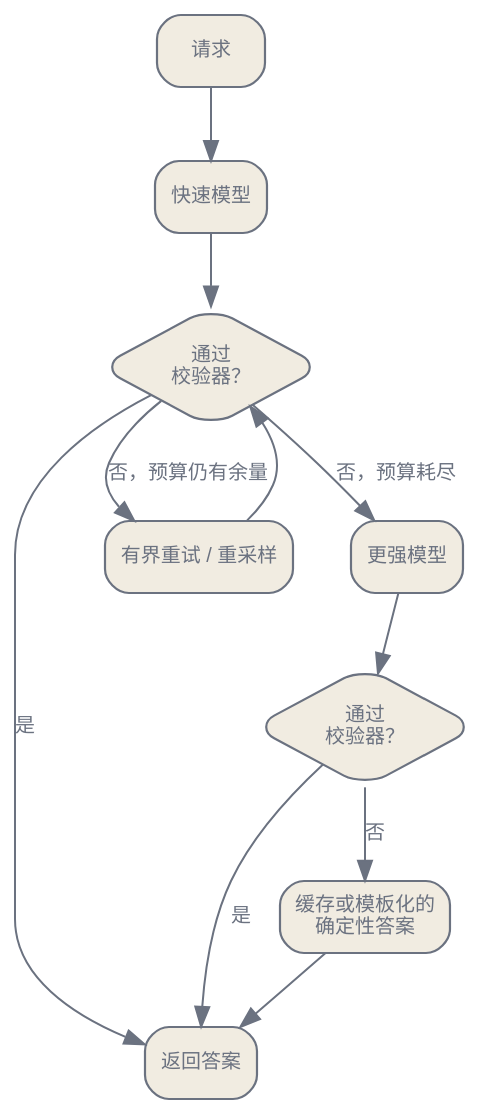
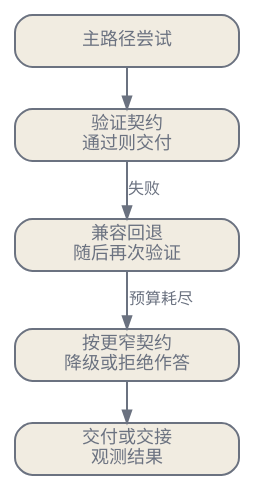
The second of 3 diagrams in zh/practice/10-reliability-nondeterministic.qmd (latere-ai/ai-as-an-infrastructure), drawn with Graphviz before and after one commit. The commit also changed other lines of this file and 4 other files, not shown here.

````diff
--- a/zh/practice/10-reliability-nondeterministic.qmd
+++ b/zh/practice/10-reliability-nondeterministic.qmd
@@ -69,31 +157,20 @@
 ```{dot}
 //| label: fig-reliability-fallback
-//| fig-cap: "回退链是第二次机会的有序集合。每一环只在前一环未通过其校验器时才被尝试，而次序以渐增的成本与延迟换取渐增的可靠性。末端那一环是一条本身不会答不出来的确定性路径。"
-digraph {
+//| fig-cap: "有界回退策略会验证每一个结果，并可主动缩小承诺范围。任何分支都不被假定为永不失效，交付和交接本身仍是需要观测的结果。"
+digraph fallback {
   bgcolor="transparent";
   rankdir=TB;
-  nodesep=0.4; ranksep=0.5;
-  node [shape=box, style="rounded,filled", fontname="Helvetica", fontsize=10, color="#6b7280", fontcolor="#6b7280", fillcolor="#f1ece1", penwidth=1.1];
-  edge [fontsize=10, fontname="Helvetica", color="#6b7280", fontcolor="#6b7280"];
-
-  req [label="请求"];
-  cheap [label="快速模型"];
-  v1 [label="通过\n校验器？", shape=diamond];
-  done [label="返回答案"];
-  retry [label="有界重试 / 重采样"];
-  strong [label="更强模型"];
-  v2 [label="通过\n校验器？", shape=diamond];
-  det [label="缓存或模板化的\n确定性答案"];
-
-  req -> cheap;
-  cheap -> v1;
-  v1 -> done [label="是"];
-  v1 -> retry [label="否，预算仍有余量"];
-  retry -> v1;
-  v1 -> strong [label="否，预算耗尽"];
-  strong -> v2;
-  v2 -> done [label="是"];
-  v2 -> det [label="否"];
-  det -> done;
+  nodesep=0.18; ranksep=0.28;
+  node [shape=box, style="rounded,filled", fontname="Helvetica", fontsize=9, color="#6b7280", fontcolor="#6b7280", fillcolor="#f1ece1", width=1.55, height=0.36, margin="0.06,0.04"];
+  edge [fontname="Helvetica", fontsize=8, color="#6b7280", fontcolor="#6b7280", arrowsize=0.6];
+  primary [label="主路径尝试"];
+  check [label="验证契约\n通过则交付"];
+  alternate [label="兼容回退\n随后再次验证"];
+  narrow [label="按更窄契约\n降级或拒绝作答"];
+  handoff [label="交付或交接\n观测结果"];
+  primary -> check;
+  check -> alternate [label="失败"];
+  alternate -> narrow [label="预算耗尽"];
+  narrow -> handoff;
 }
 ```
````
